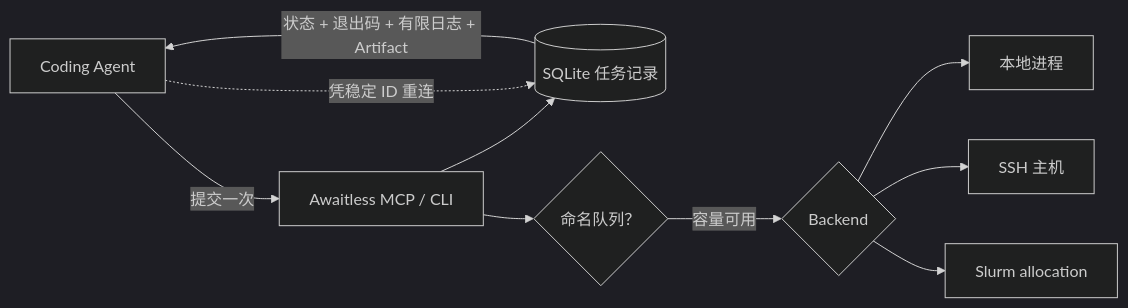
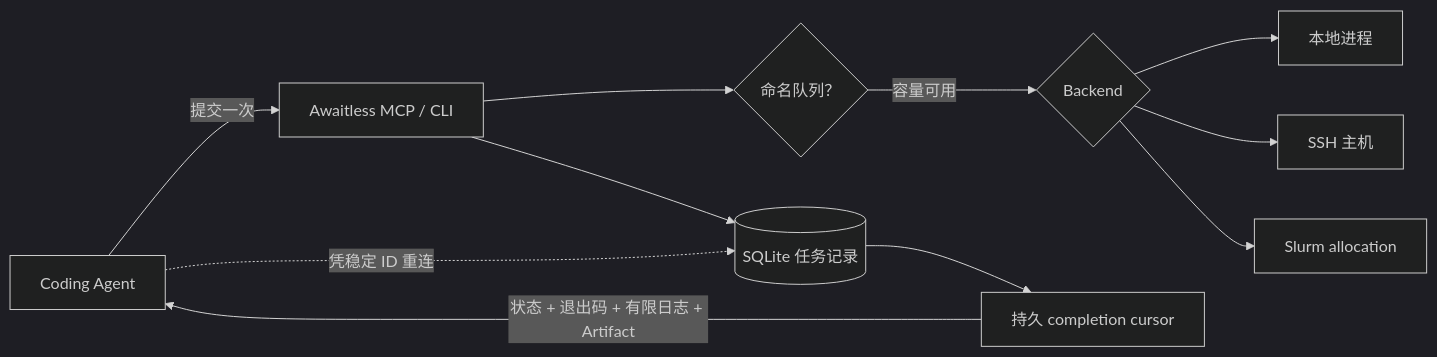
One commit to xpluspro/Awaitless changed the diagram in README.zh-CN.md. Above: the diagram before and after it, drawn with Mermaid (dark theme). The commit also changed other lines of this file and 29 other files, not shown here.

````diff
--- a/README.zh-CN.md
+++ b/README.zh-CN.md
@@ -145,12 +172,13 @@
 ```mermaid
 flowchart LR
     A["Coding Agent"] -->|"提交一次"| B["Awaitless MCP / CLI"]
     B --> C[("SQLite 任务记录")]
     B --> Q{"命名队列？"}
     Q -->|"容量可用"| D{"Backend"}
     D --> L["本地进程"]
     D --> S["SSH 主机"]
     D --> H["Slurm allocation"]
     A -. "凭稳定 ID 重连" .-> C
-    C -->|"状态 + 退出码 + 有限日志 + Artifact"| A
+    C --> E["持久 completion cursor"]
+    E -->|"状态 + 退出码 + 有限日志 + Artifact"| A
 ```
````
